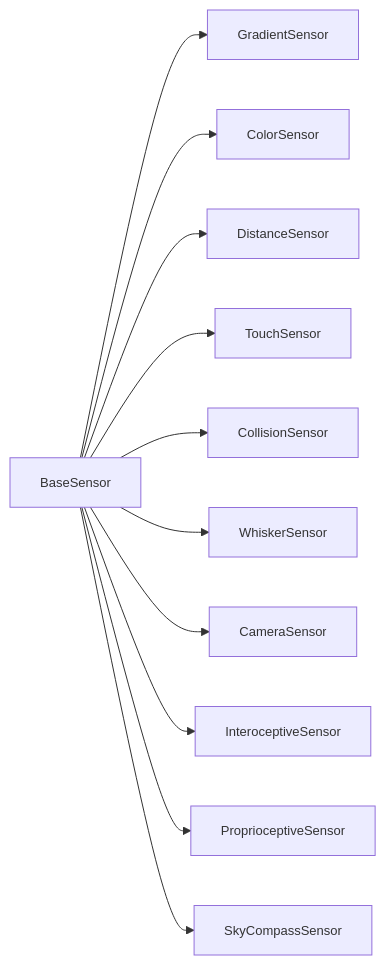
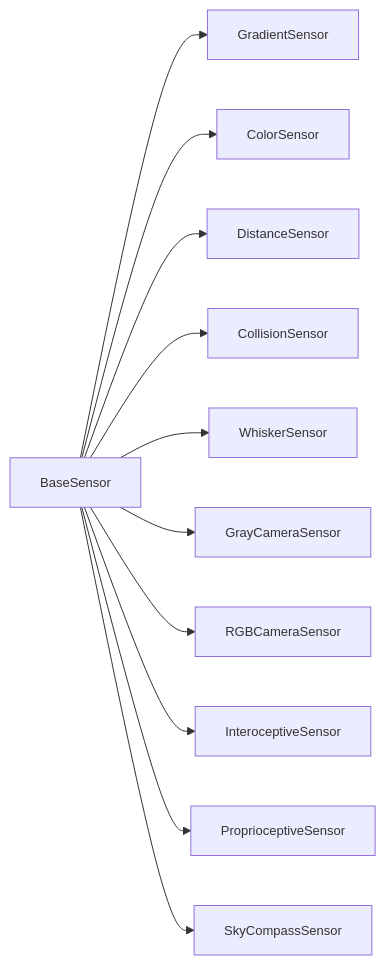
The fifth of 6 diagrams in simulation/docs/simulator/architecture.md (fchampalimaud/cf.lbp), drawn with Mermaid before and after one commit. The commit also changed other lines of this file and 110 other files, not shown here.

````diff
--- a/simulation/docs/simulator/architecture.md
+++ b/simulation/docs/simulator/architecture.md
@@ -183,15 +270,15 @@
 ```mermaid
 %%{init: {'themeVariables': {'fontSize': '13px'}}}%%
 graph LR
     BS[BaseSensor]
     BS --> GS[GradientSensor]
     BS --> CS[ColorSensor]
     BS --> DS[DistanceSensor]
-    BS --> TS[TouchSensor]
     BS --> CL[CollisionSensor]
     BS --> WH[WhiskerSensor]
-    BS --> CAM[CameraSensor]
+    BS --> GC[GrayCameraSensor]
+    BS --> RC[RGBCameraSensor]
     BS --> IN[InteroceptiveSensor]
     BS --> PR[ProprioceptiveSensor]
     BS --> SK[SkyCompassSensor]
 ```
````
